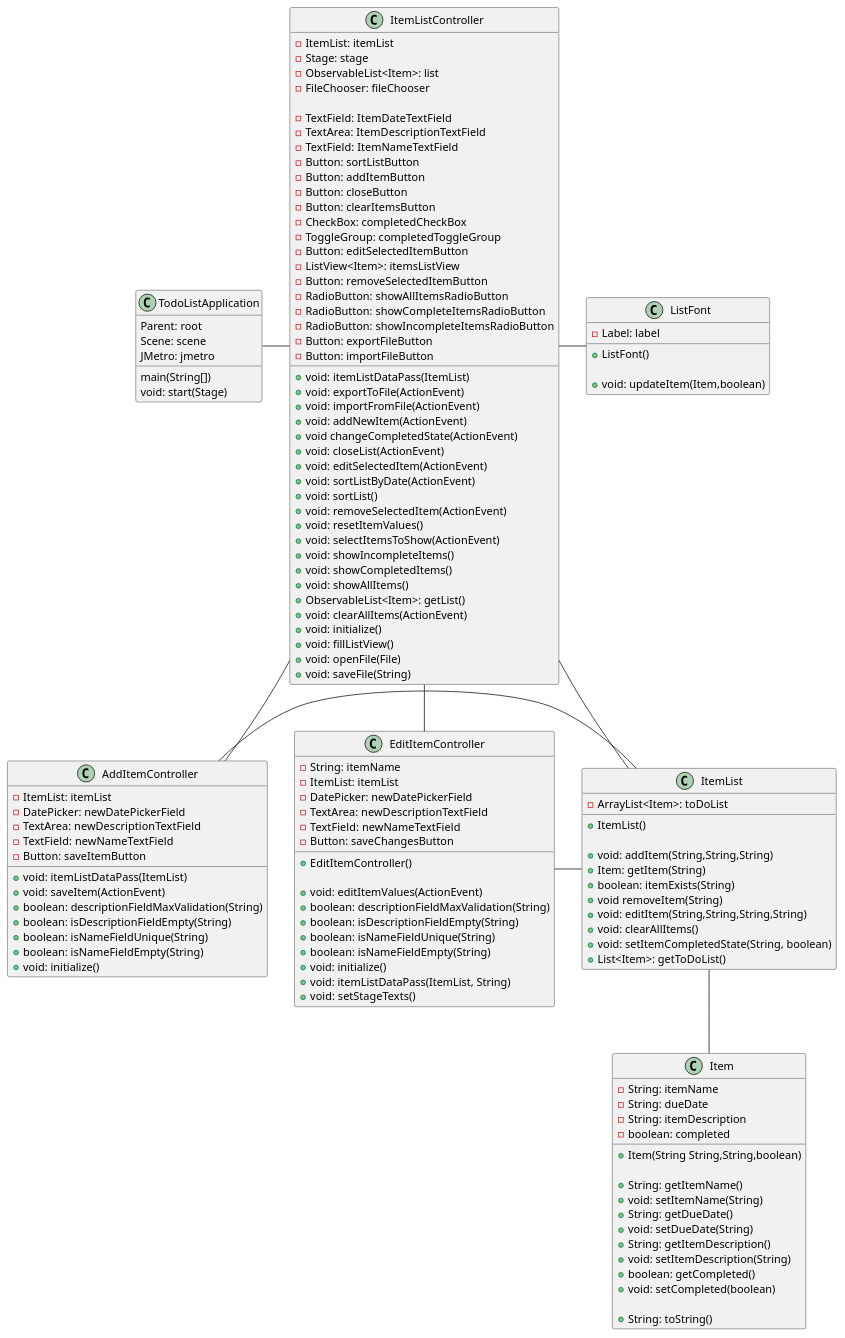
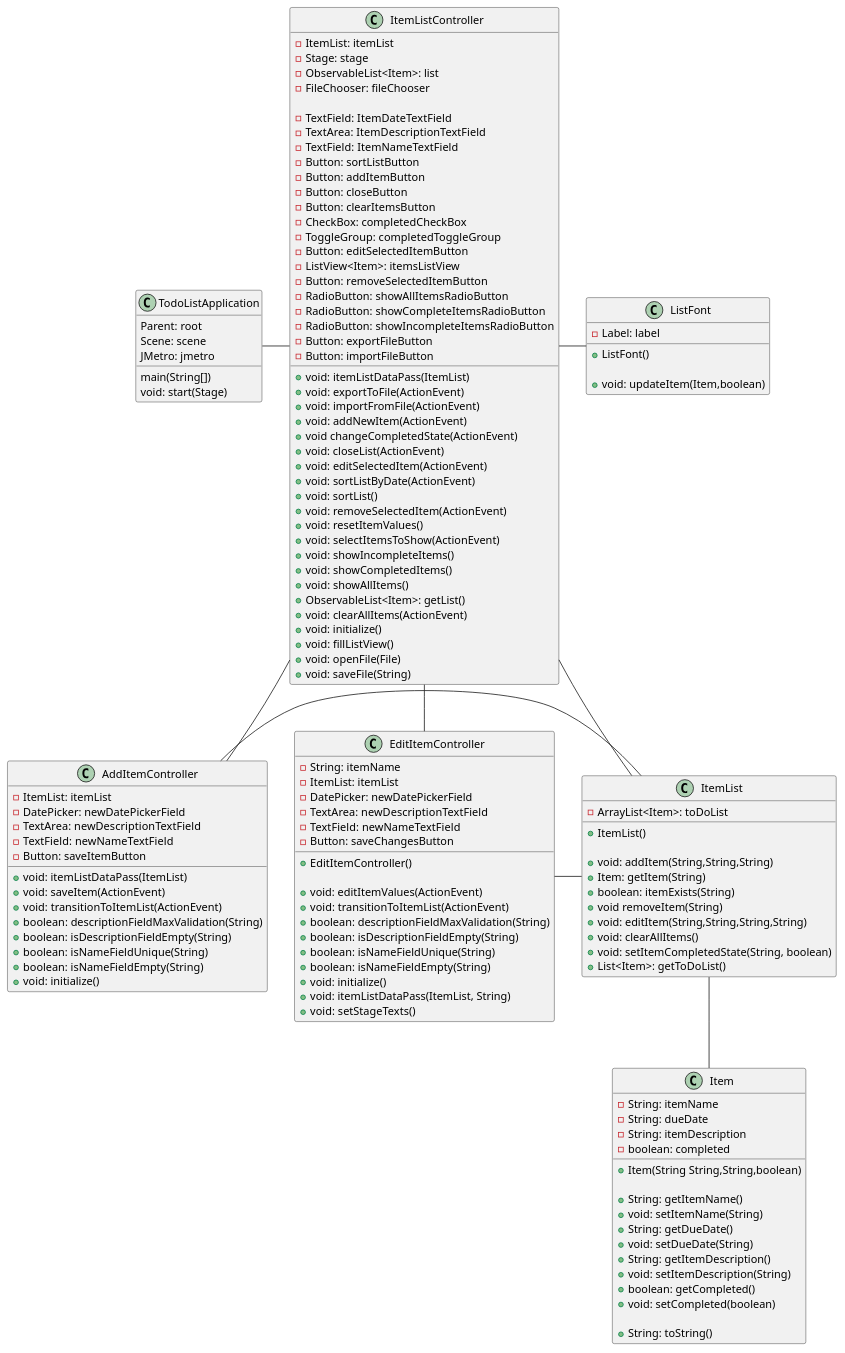
Before and after one commit to CapOregon9/bagherzadeh-app1-impl: the diagram in docs/Classes.puml, drawn with PlantUML. The commit also changed 3 other files, not shown here.

```diff
--- a/docs/Classes.puml
+++ b/docs/Classes.puml
@@ -1,148 +1,150 @@
 @startuml
 
 TodoListApplication -right- ItemListController
 ItemListController -- AddItemController
 ItemListController -- EditItemController
 ItemListController -- ItemList
 AddItemController -right- ItemList
 EditItemController -right- ItemList
 ItemList -- Item
 ItemListController -right- ListFont
 
 class TodoListApplication {
     main(String[])
     void: start(Stage)
     Parent: root
     Scene: scene
     JMetro: jmetro
 }
 
 class ItemList {
 
 -ArrayList<Item>: toDoList
 
 +ItemList()
 
 +void: addItem(String,String,String)
 +Item: getItem(String)
 +boolean: itemExists(String)
 +void removeItem(String)
 +void: editItem(String,String,String,String)
 +void: clearAllItems()
 +void: setItemCompletedState(String, boolean)
 +List<Item>: getToDoList()
 
 }
 
 class Item {
 -String: itemName
 -String: dueDate
 -String: itemDescription
 -boolean: completed
 
 +Item(String String,String,boolean)
 
 +String: getItemName()
 +void: setItemName(String)
 +String: getDueDate()
 +void: setDueDate(String)
 +String: getItemDescription()
 +void: setItemDescription(String)
 +boolean: getCompleted()
 +void: setCompleted(boolean)
 
 +String: toString()
 }
 
 class ItemListController {
 -ItemList: itemList
 -Stage: stage
 -ObservableList<Item>: list
 -FileChooser: fileChooser
 
 -TextField: ItemDateTextField
 -TextArea: ItemDescriptionTextField
 -TextField: ItemNameTextField
 -Button: sortListButton
 -Button: addItemButton
 -Button: closeButton
 -Button: clearItemsButton
 -CheckBox: completedCheckBox
 -ToggleGroup: completedToggleGroup
 -Button: editSelectedItemButton
 -ListView<Item>: itemsListView
 -Button: removeSelectedItemButton
 -RadioButton: showAllItemsRadioButton
 -RadioButton: showCompleteItemsRadioButton
 -RadioButton: showIncompleteItemsRadioButton
 -Button: exportFileButton
 -Button: importFileButton
 
 +void: itemListDataPass(ItemList)
 +void: exportToFile(ActionEvent)
 +void: importFromFile(ActionEvent)
 +void: addNewItem(ActionEvent)
 +void changeCompletedState(ActionEvent)
 +void: closeList(ActionEvent)
 +void: editSelectedItem(ActionEvent)
 +void: sortListByDate(ActionEvent)
 +void: sortList()
 +void: removeSelectedItem(ActionEvent)
 +void: resetItemValues()
 +void: selectItemsToShow(ActionEvent)
 +void: showIncompleteItems()
 +void: showCompletedItems()
 +void: showAllItems()
 +ObservableList<Item>: getList()
 +void: clearAllItems(ActionEvent)
 +void: initialize()
 +void: fillListView()
 +void: openFile(File)
 +void: saveFile(String)
 }
 
 class AddItemController {
 -ItemList: itemList
 -DatePicker: newDatePickerField
 -TextArea: newDescriptionTextField
 -TextField: newNameTextField
 -Button: saveItemButton
 
 +void: itemListDataPass(ItemList)
 +void: saveItem(ActionEvent)
++void: transitionToItemList(ActionEvent)
 +boolean: descriptionFieldMaxValidation(String)
 +boolean: isDescriptionFieldEmpty(String)
 +boolean: isNameFieldUnique(String)
 +boolean: isNameFieldEmpty(String)
 +void: initialize()
 }
 
 class EditItemController {
 -String: itemName
 -ItemList: itemList
 -DatePicker: newDatePickerField
 -TextArea: newDescriptionTextField
 -TextField: newNameTextField
 -Button: saveChangesButton
 
 +EditItemController()
 
 +void: editItemValues(ActionEvent)
++void: transitionToItemList(ActionEvent)
 +boolean: descriptionFieldMaxValidation(String)
 +boolean: isDescriptionFieldEmpty(String)
 +boolean: isNameFieldUnique(String)
 +boolean: isNameFieldEmpty(String)
 +void: initialize()
 +void: itemListDataPass(ItemList, String)
 +void: setStageTexts()
 }
 
 class ListFont {
 -Label: label
 
 +ListFont()
 
 +void: updateItem(Item,boolean)
 }
 
 @enduml
```
